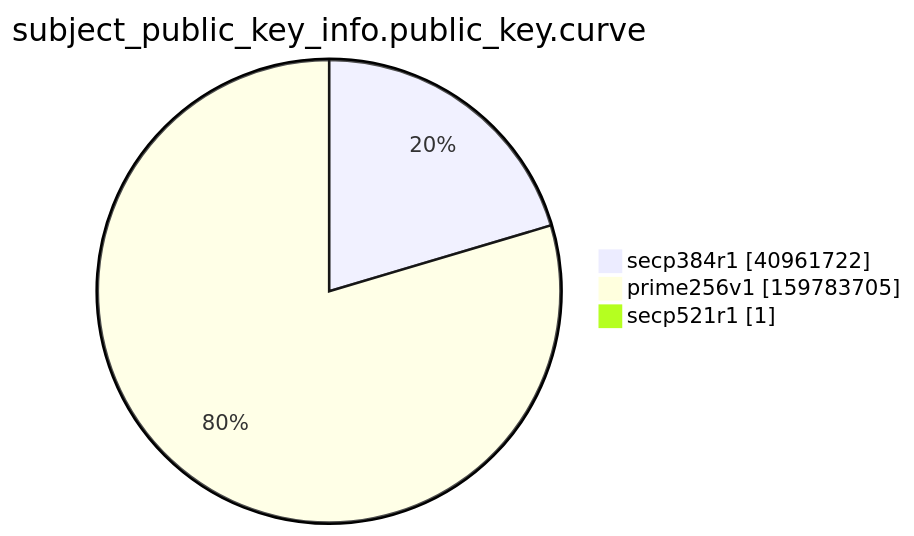
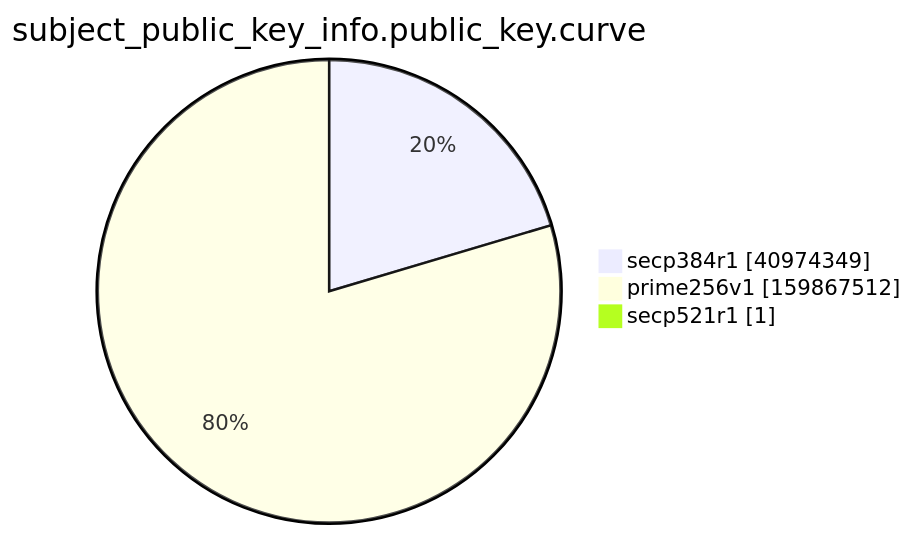
The ninth of 15 diagrams in xenon2022/README.md (christiankrug/ctmonitor_visualization), drawn with Mermaid before and after one commit. The commit also changed other lines of this file, not shown here.

````diff
--- a/xenon2022/README.md
+++ b/xenon2022/README.md
@@ -2868,7 +2868,7 @@
 ```mermaid
 pie showData
 title subject_public_key_info.public_key.curve
-"secp384r1" :40961722
-"prime256v1" :159783705
+"secp384r1" :40974349
+"prime256v1" :159867512
 "secp521r1" :1
 ```
````
